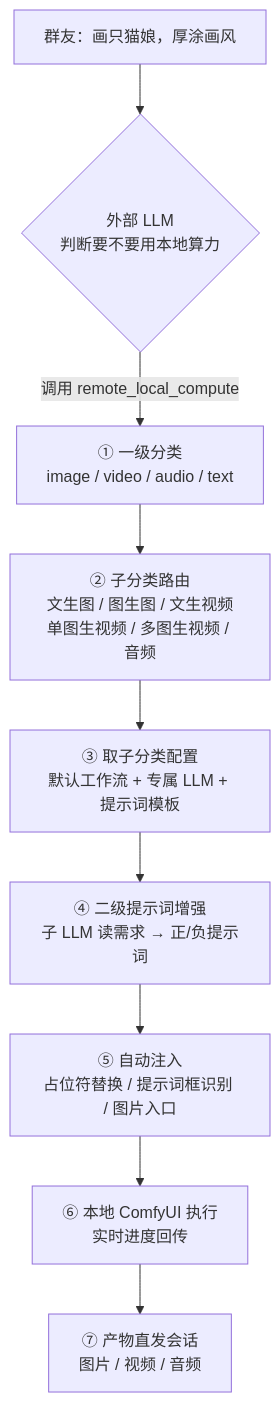
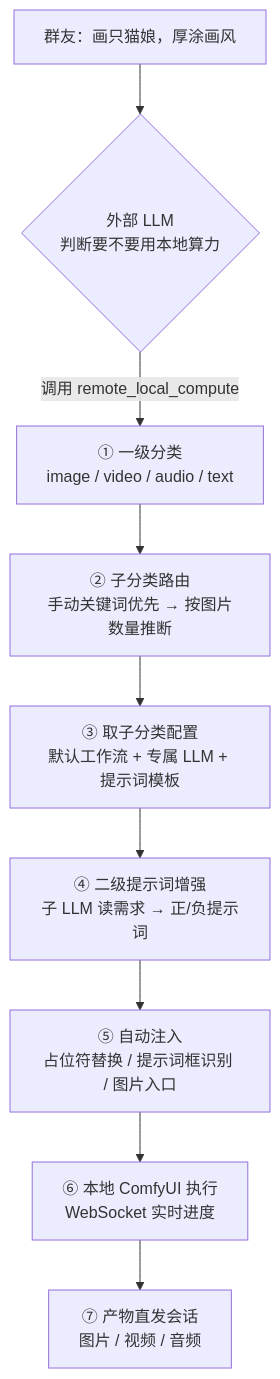
The third of 3 diagrams in README.md (huy878007-pixel/astrbot_plugin_remote_link), drawn with Mermaid before and after one commit. The commit also changed other lines of this file and 5 other files, not shown here.

````diff
--- a/README.md
+++ b/README.md
@@ -319,11 +426,11 @@
 ```mermaid
 flowchart TD
     U["群友：画只猫娘，厚涂画风"] --> G{"外部 LLM<br/>判断要不要用本地算力"}
     G -->|调用 remote_local_compute| C1["① 一级分类<br/>image / video / audio / text"]
-    C1 --> C2["② 子分类路由<br/>文生图 / 图生图 / 文生视频<br/>单图生视频 / 多图生视频 / 音频"]
+    C1 --> C2["② 子分类路由<br/>手动关键词优先 → 按图片数量推断"]
     C2 --> C3["③ 取子分类配置<br/>默认工作流 + 专属 LLM + 提示词模板"]
     C3 --> C4["④ 二级提示词增强<br/>子 LLM 读需求 → 正/负提示词"]
     C4 --> C5["⑤ 自动注入<br/>占位符替换 / 提示词框识别 / 图片入口"]
-    C5 --> C6["⑥ 本地 ComfyUI 执行<br/>实时进度回传"]
+    C5 --> C6["⑥ 本地 ComfyUI 执行<br/>WebSocket 实时进度"]
     C6 --> C7["⑦ 产物直发会话<br/>图片 / 视频 / 音频"]
 ```
````
